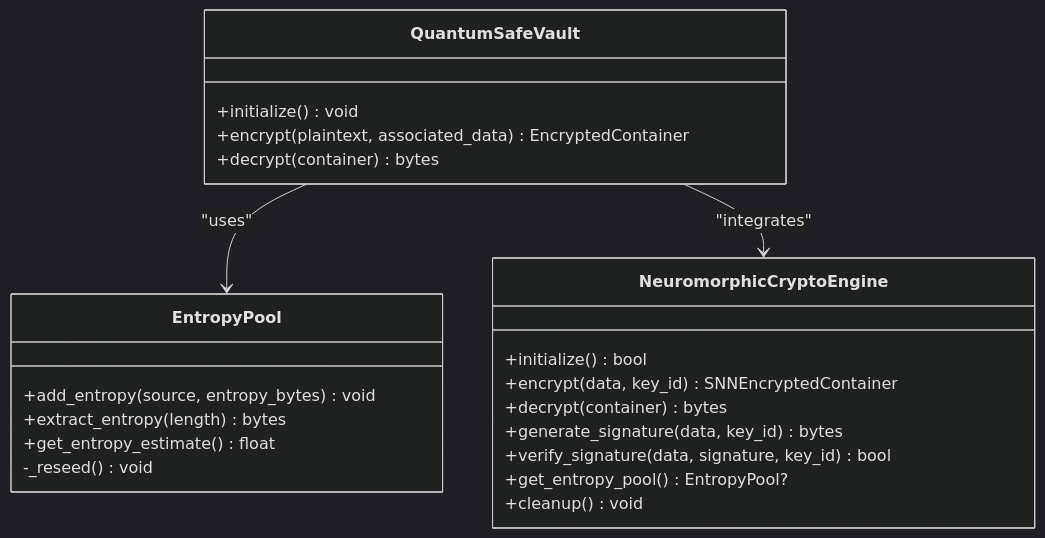
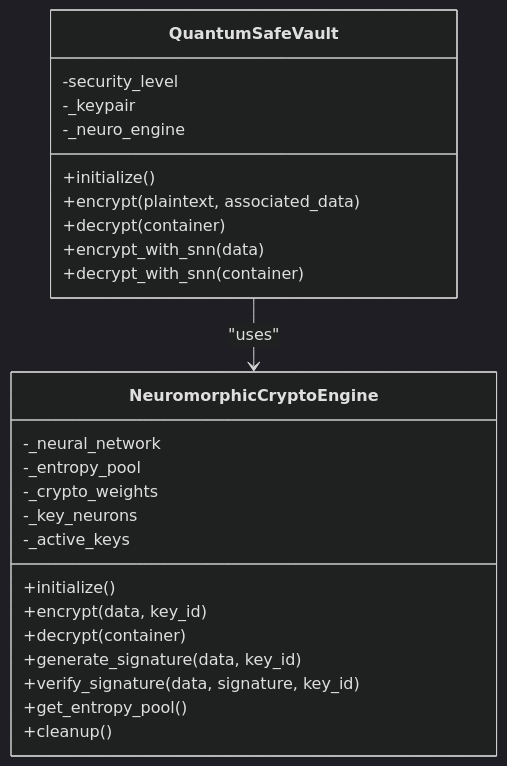
Before and after one commit to Hamulda/hledac-universal: the ninth of 14 diagrams in .qoder/repowiki/en/content/Security and Privacy/Security and Privacy.md, drawn with Mermaid (dark theme). The commit also changed other lines of this file and 236 other files, not shown here.

````diff
--- a/.qoder/repowiki/en/content/Security and Privacy/Security and Privacy.md
+++ b/.qoder/repowiki/en/content/Security and Privacy/Security and Privacy.md
@@ -321,25 +331,28 @@
 ```mermaid
 classDiagram
+class NeuromorphicCryptoEngine {
+-_neural_network
+-_entropy_pool
+-_crypto_weights
+-_key_neurons
+-_active_keys
++initialize()
++encrypt(data, key_id)
++decrypt(container)
++generate_signature(data, key_id)
++verify_signature(data, signature, key_id)
++get_entropy_pool()
++cleanup()
+}
 class QuantumSafeVault {
-+initialize() void
-+encrypt(plaintext, associated_data) EncryptedContainer
-+decrypt(container) bytes
+-security_level
+-_keypair
+-_neuro_engine
++initialize()
++encrypt(plaintext, associated_data)
++decrypt(container)
++encrypt_with_snn(data)
++decrypt_with_snn(container)
 }
-class EntropyPool {
-+add_entropy(source, entropy_bytes) void
-+extract_entropy(length) bytes
-+get_entropy_estimate() float
--_reseed() void
-}
-class NeuromorphicCryptoEngine {
-+initialize() bool
-+encrypt(data, key_id) SNNEncryptedContainer
-+decrypt(container) bytes
-+generate_signature(data, key_id) bytes
-+verify_signature(data, signature, key_id) bool
-+get_entropy_pool() EntropyPool?
-+cleanup() void
-}
-QuantumSafeVault --> EntropyPool : "uses"
-QuantumSafeVault --> NeuromorphicCryptoEngine : "integrates"
+QuantumSafeVault --> NeuromorphicCryptoEngine : "uses"
 ```
````
